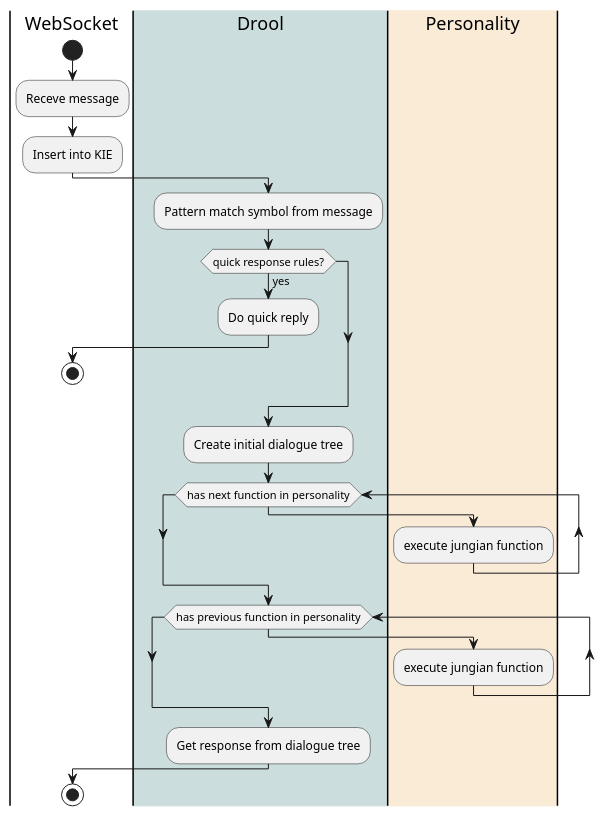
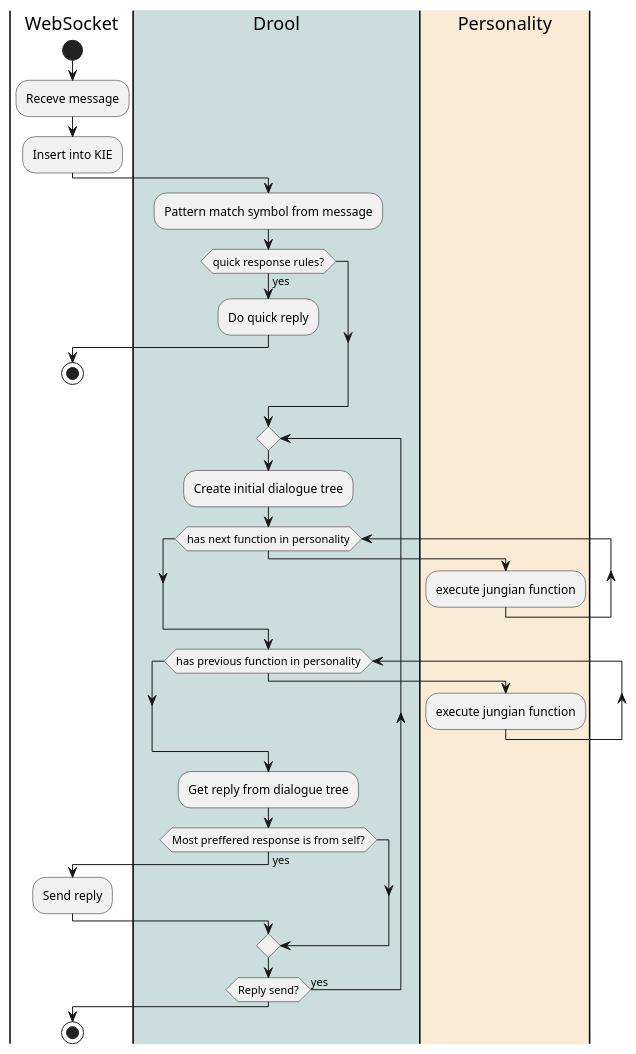
Before and after one commit to jappeace/methods-homework: diagram 18 of 19 in thesis/thesis.org, drawn with PlantUML. The commit also changed other lines of this file, not shown here.

```diff
--- a/thesis/thesis.org
+++ b/thesis/thesis.org
@@ -3349,29 +3303,37 @@
  #+BEGIN_SRC plantuml :cache yes :file img/uml/insert_meaning.png :exports results
  |WebSocket|
  start
  :Receve message;
  :Insert into KIE;
  |#CCDDDD|Drool|
  :Pattern match symbol from message;
  if (quick response rules?) then (yes)
  :Do quick reply;
  |WebSocket|
  stop
  endif
  |#CCDDDD|Drool|
+ repeat
  :Create initial dialogue tree;
  while (has next function in personality)
  |#AntiqueWhite|Personality|
  :execute jungian function;
  |#CCDDDD|Drool|
  endwhile
  while (has previous function in personality)
  |#AntiqueWhite|Personality|
  :execute jungian function;
  |#CCDDDD|Drool|
  endwhile
- :Get response from dialogue tree;
+ :Get reply from dialogue tree;
+ if (Most preffered response is from self?) then (yes)
+ |WebSocket|
+ :Send reply;
+ |#CCDDDD|Drool|
+ else
+ endif
+ repeat while (Reply send?) is (yes)
  |WebSocket|
  stop
 
  #+END_SRC
```
